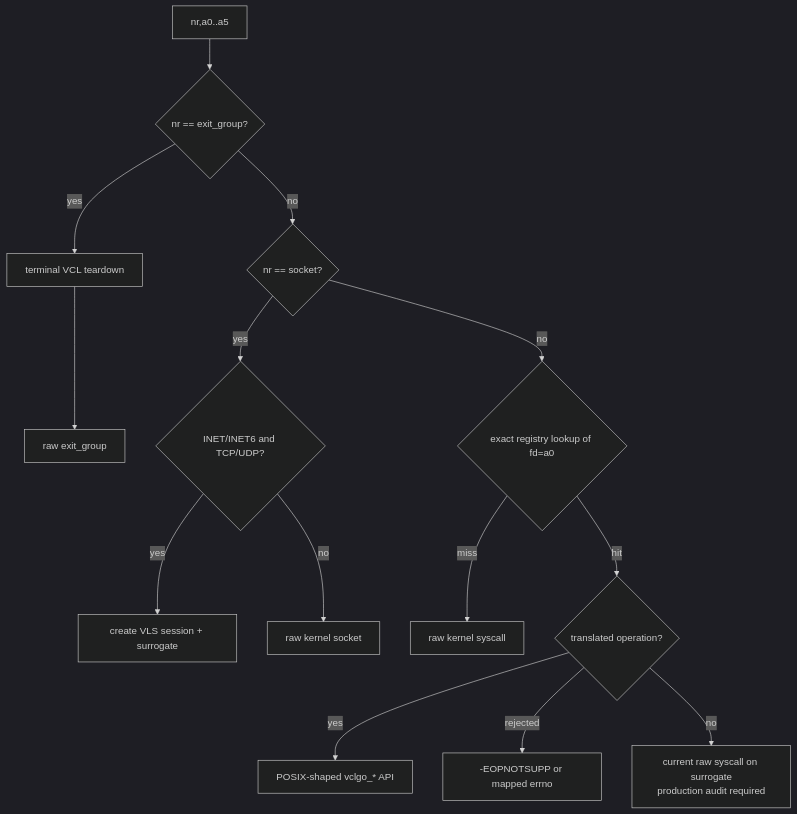
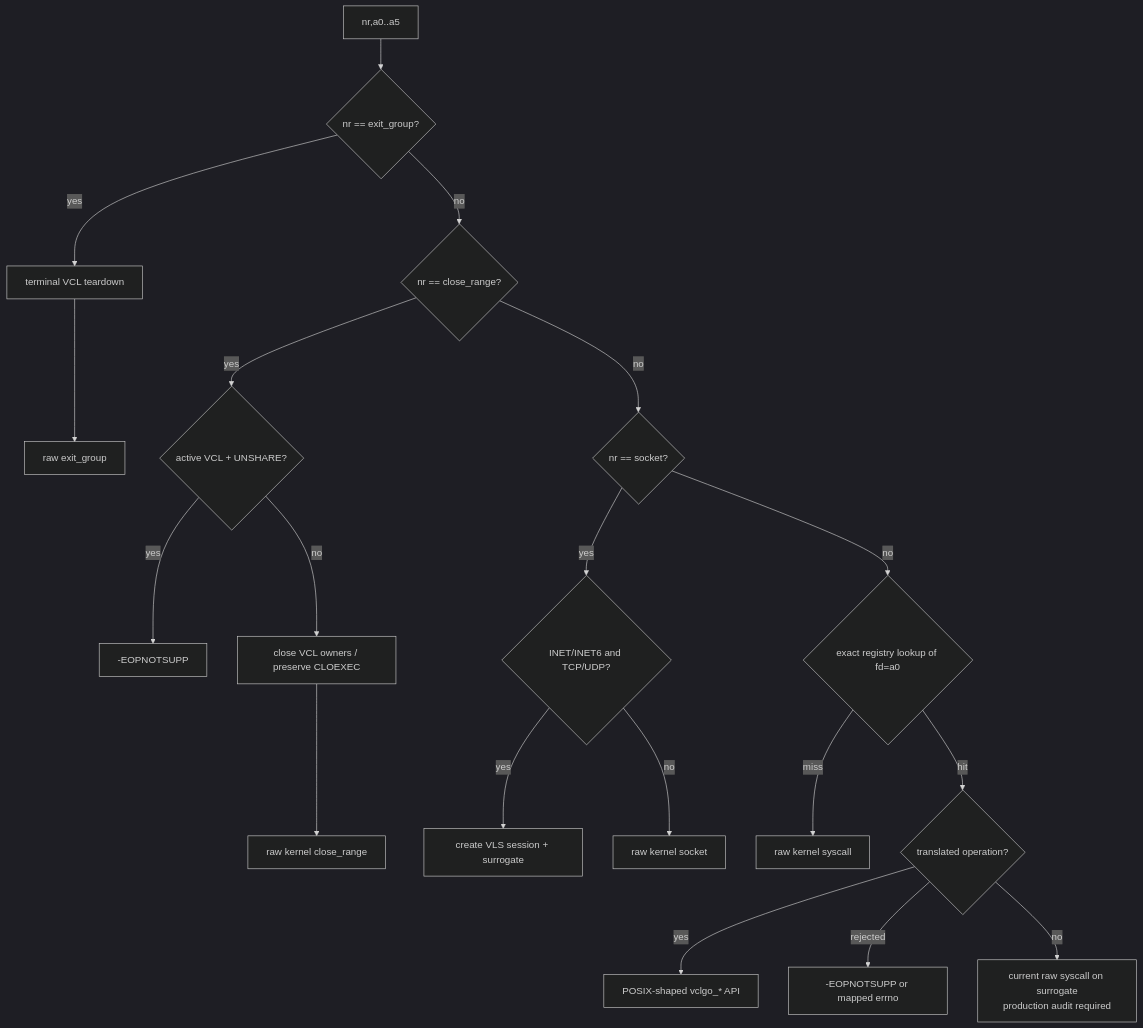
One commit to aritrbas/vclgo changed the fifth of 18 diagrams in docs/architecture_diagrams.md. Above: the diagram before and after it, drawn with Mermaid (dark theme). The commit also changed other lines of this file and 12 other files, not shown here.

```diff
--- a/docs/architecture_diagrams.md
+++ b/docs/architecture_diagrams.md
@@ -347,15 +351,19 @@
 ~~~mermaid
 flowchart TD
     E["nr,a0..a5"] --> EXIT{"nr == exit_group?"}
     EXIT -- yes --> TD["terminal VCL teardown"] --> KE["raw exit_group"]
-    EXIT -- no --> SOCK{"nr == socket?"}
+    EXIT -- no --> CR{"nr == close_range?"}
+    CR -- yes --> CU{"active VCL + UNSHARE?"}
+    CU -- yes --> CE["-EOPNOTSUPP"]
+    CU -- no --> CRM["close VCL owners / preserve CLOEXEC"] --> KCR["raw kernel close_range"]
+    CR -- no --> SOCK{"nr == socket?"}
     SOCK -- yes --> ROUTE{"INET/INET6 and TCP/UDP?"}
     ROUTE -- yes --> VC["create VLS session + surrogate"]
     ROUTE -- no --> KR["raw kernel socket"]
     SOCK -- no --> OWN{"exact registry lookup of fd=a0"}
     OWN -- miss --> RAW["raw kernel syscall"]
     OWN -- hit --> OP{"translated operation?"}
     OP -- yes --> API["POSIX-shaped vclgo_* API"]
     OP -- rejected --> ERR["-EOPNOTSUPP or mapped errno"]
     OP -- no --> SUR["current raw syscall on surrogate<br/>production audit required"]
 ~~~
```
